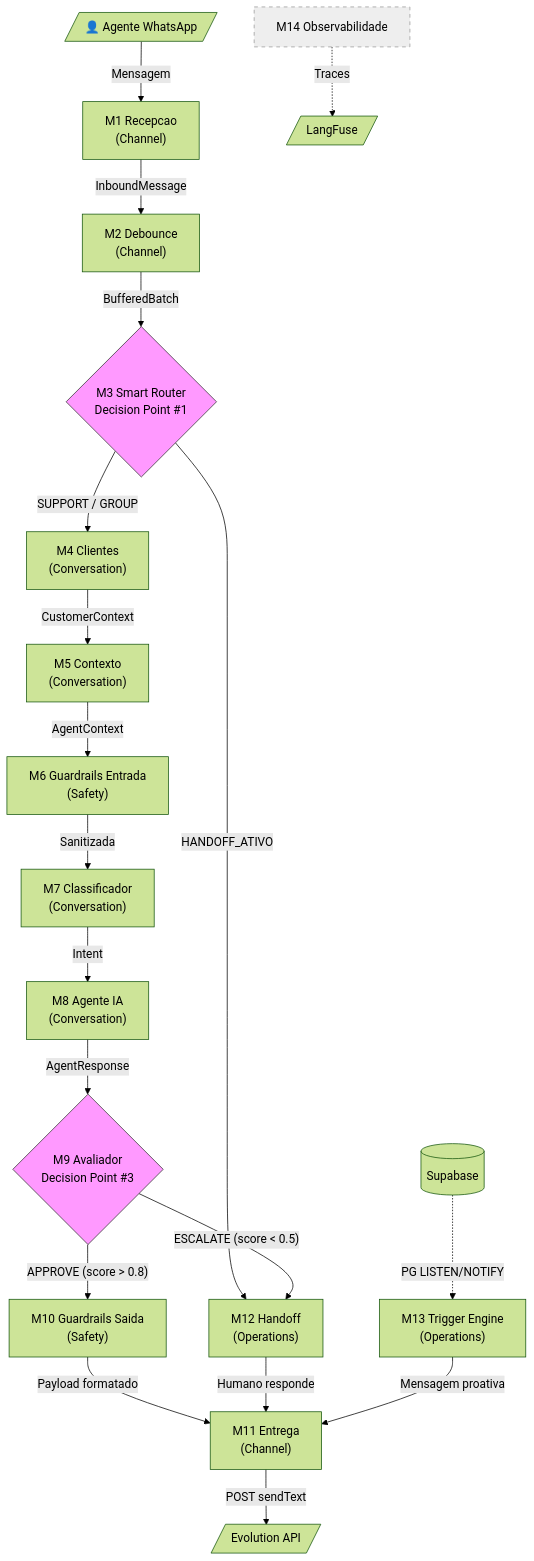
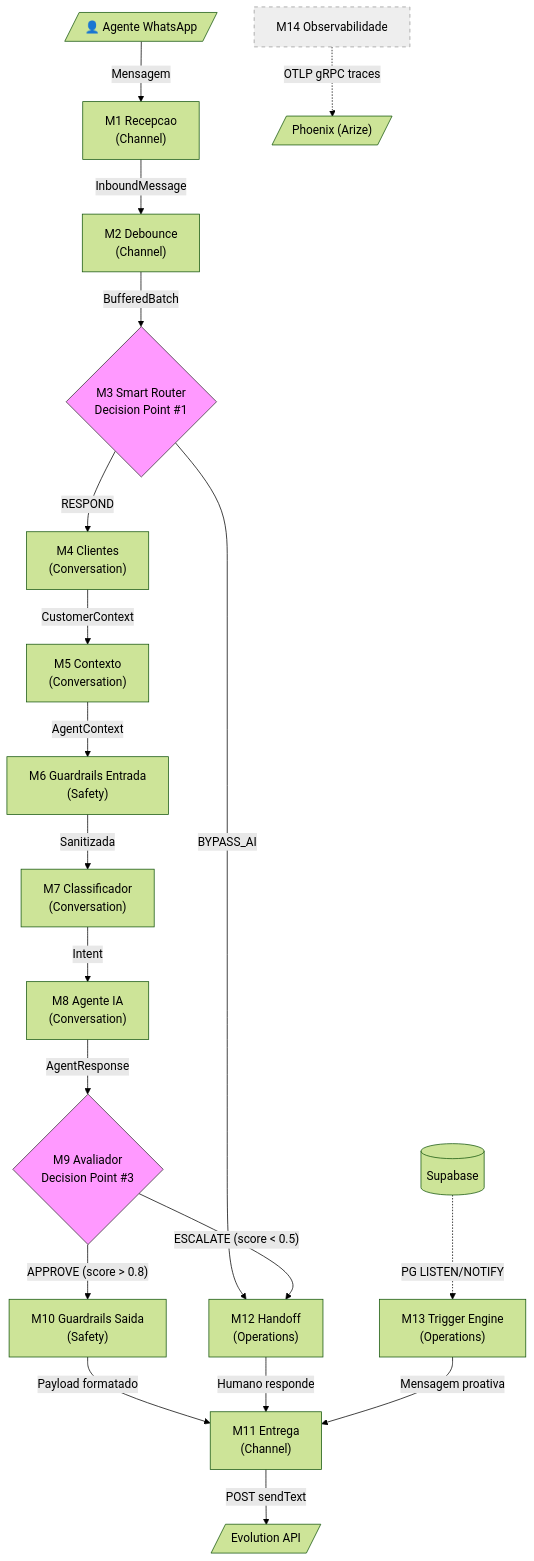
The first of 13 diagrams in platforms/prosauai/business/process.md (paceautomations/madruga.ai), drawn with Mermaid (forest theme) before and after one commit. The commit also changed other lines of this file and 6 other files, not shown here.

````diff
--- a/platforms/prosauai/business/process.md
+++ b/platforms/prosauai/business/process.md
@@ -19,32 +19,32 @@
 ```mermaid
 flowchart TD
     A[/"👤 Agente WhatsApp"/] -->|Mensagem| M1["M1 Recepcao<br/>(Channel)"]
     M1 -->|InboundMessage| M2["M2 Debounce<br/>(Channel)"]
     M2 -->|BufferedBatch| M3{"M3 Smart Router<br/>Decision Point #1"}
 
-    M3 -->|SUPPORT / GROUP| M4["M4 Clientes<br/>(Conversation)"]
-    M3 -->|HANDOFF_ATIVO| M12["M12 Handoff<br/>(Operations)"]
+    M3 -->|RESPOND| M4["M4 Clientes<br/>(Conversation)"]
+    M3 -->|BYPASS_AI| M12["M12 Handoff<br/>(Operations)"]
 
     M4 -->|CustomerContext| M5["M5 Contexto<br/>(Conversation)"]
     M5 -->|AgentContext| M6["M6 Guardrails Entrada<br/>(Safety)"]
     M6 -->|Sanitizada| M7["M7 Classificador<br/>(Conversation)"]
     M7 -->|Intent| M8["M8 Agente IA<br/>(Conversation)"]
     M8 -->|AgentResponse| M9{"M9 Avaliador<br/>Decision Point #3"}
 
     M9 -->|"APPROVE (score > 0.8)"| M10["M10 Guardrails Saida<br/>(Safety)"]
     M9 -->|"ESCALATE (score < 0.5)"| M12
 
     M10 -->|Payload formatado| M11["M11 Entrega<br/>(Channel)"]
     M12 -->|Humano responde| M11
 
     DB[("Supabase")] -.->|PG LISTEN/NOTIFY| M13["M13 Trigger Engine<br/>(Operations)"]
     M13 -->|Mensagem proativa| M11
 
     M11 -->|POST sendText| EVO[/"Evolution API"/]
 
-    M14["M14 Observabilidade"] -.->|Traces| LF[/"LangFuse"/]
+    M14["M14 Observabilidade"] -.->|"OTLP gRPC traces"| PH[/"Phoenix (Arize)"/]
 
     style M3 fill:#f9f,stroke:#333
     style M9 fill:#f9f,stroke:#333
     style M14 fill:#eee,stroke:#999,stroke-dasharray: 5 5
 ```
````
